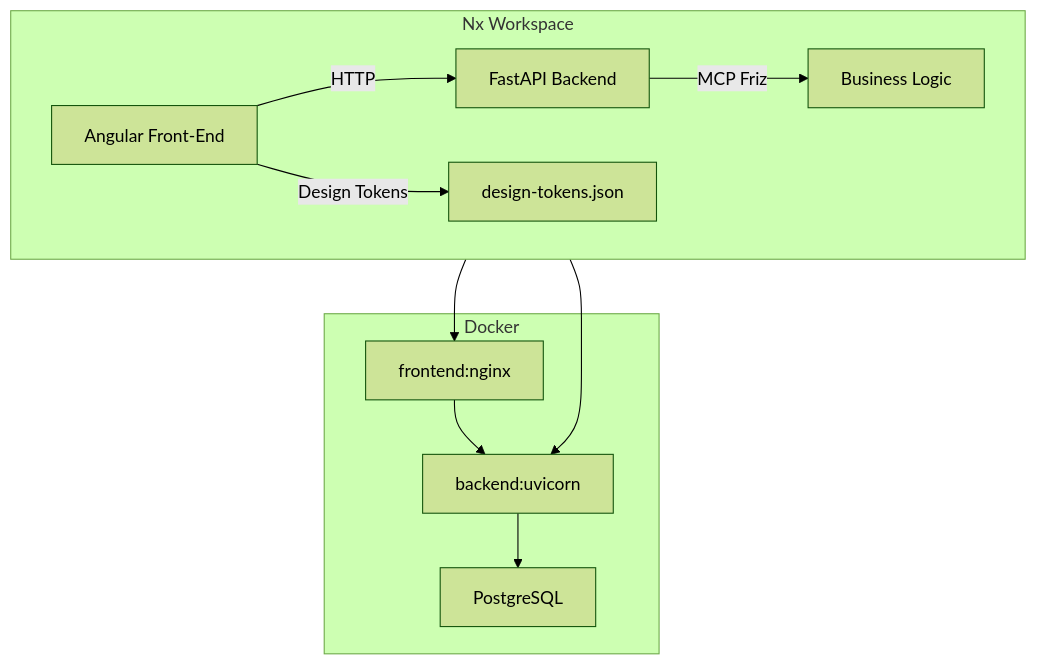
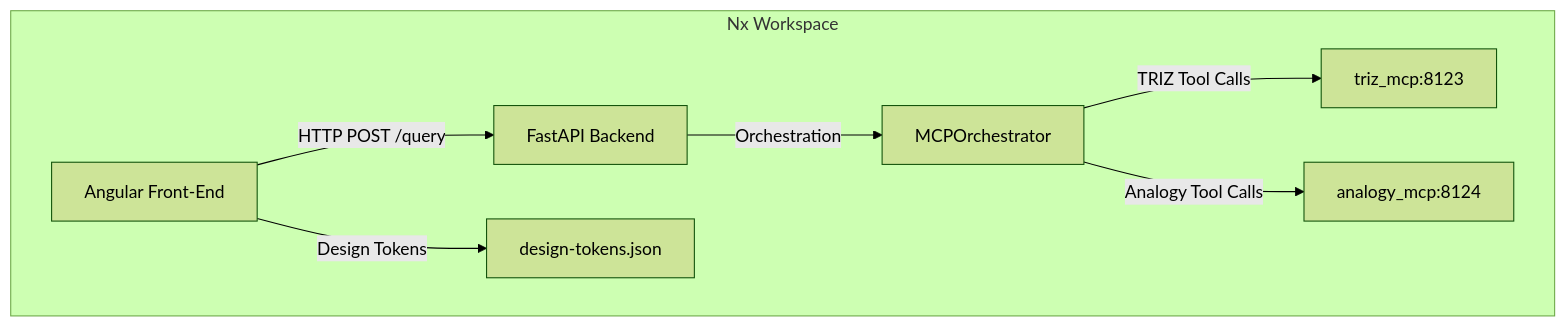
Before and after one commit to GDG-Wroc/SeGn: the diagram in ai/context/stack.md, drawn with Mermaid (forest theme). The commit also changed other lines of this file, not shown here.

````diff
--- a/ai/context/stack.md
+++ b/ai/context/stack.md
@@ -90,18 +89,11 @@
 ```mermaid
 flowchart TB
     subgraph Monorepo[ Nx Workspace ]
         direction LR
-        FE[Angular Front‑End] -->|HTTP| API[FastAPI Backend]
-        API -->|MCP Friz| Service[Business Logic]
+        FE[Angular Front‑End] -->|HTTP POST /query| API[FastAPI Backend]
+        API -->|Orchestration| Orc[MCPOrchestrator]
+        Orc -->|TRIZ Tool Calls| TRIZ[triz_mcp:8123]
+        Orc -->|Analogy Tool Calls| ANLG[analogy_mcp:8124]
         FE -->|Design Tokens| Tokens[design‑tokens.json]
-    end
-    subgraph Docker
-        FEContainer[frontend:nginx]
-        APIContainer[backend:uvicorn]
-        DB[PostgreSQL]
-        FEContainer --> APIContainer
-        APIContainer --> DB
-    end
-    FE --> FEContainer
-    API --> APIContainer
+      end
 ```
````
